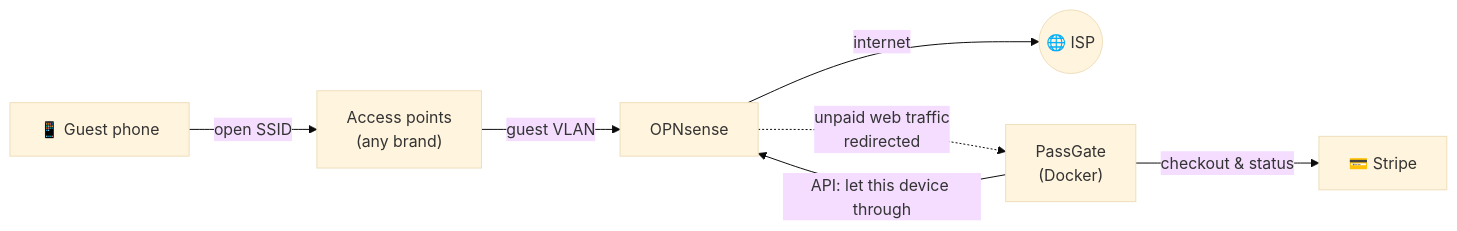
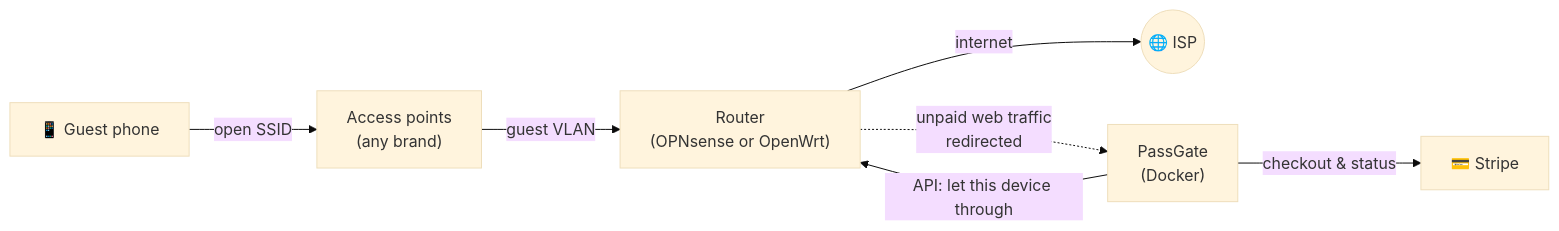
The diagram in README.md (Axon07/PassGate), drawn with Mermaid (base theme) before and after one commit. The commit also changed other lines of this file and 14 other files, not shown here.

First line of the commit message:
Add OpenWrt router support

````diff
--- a/README.md
+++ b/README.md
@@ -86,9 +88,9 @@
 ```mermaid
 flowchart LR
     P["📱 Guest phone"] -- open SSID --> AP["Access points<br/>(any brand)"]
-    AP -- guest VLAN --> FW["OPNsense"]
+    AP -- guest VLAN --> FW["Router<br/>(OPNsense or OpenWrt)"]
     FW -- internet --> NET(("🌐 ISP"))
     FW -. "unpaid web traffic<br/>redirected" .-> PG["PassGate<br/>(Docker)"]
     PG -- "API: let this device through" --> FW
     PG -- "checkout & status" --> ST["💳 Stripe"]
 ```
````
